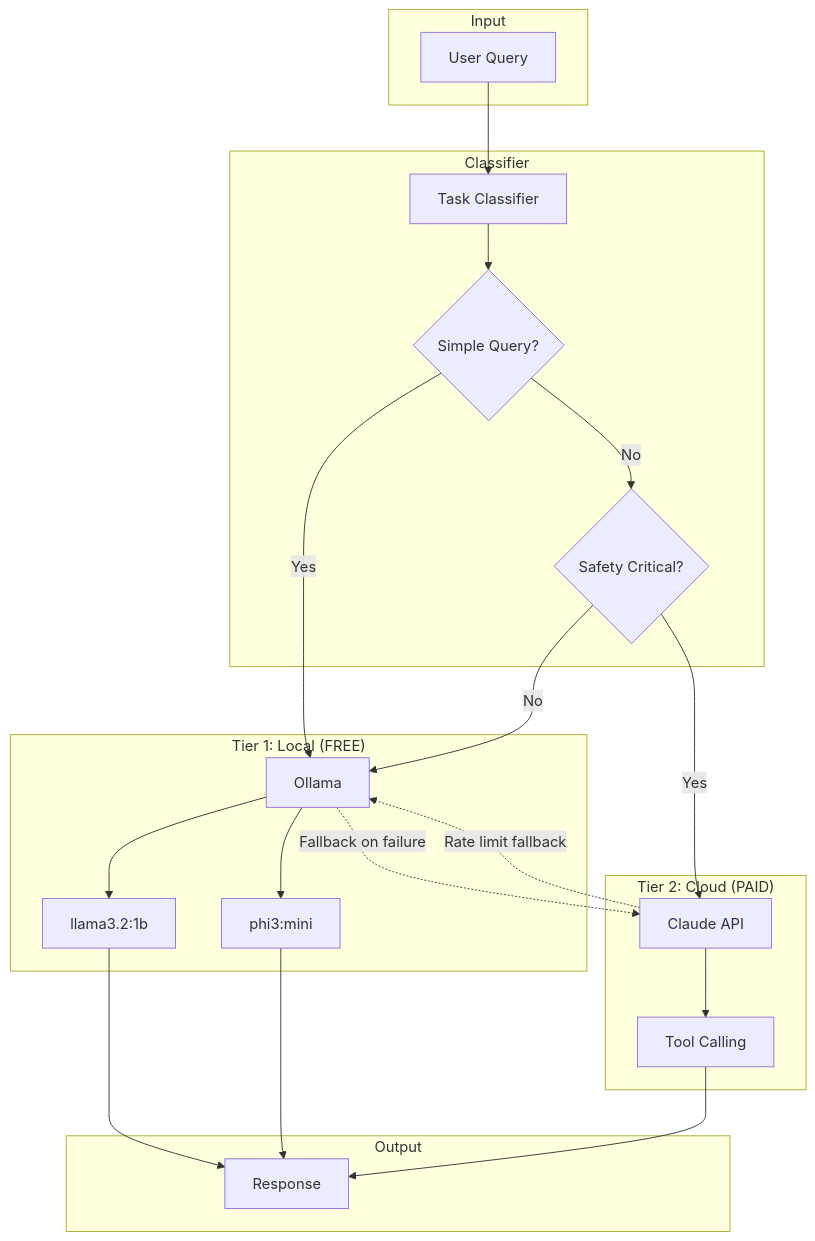
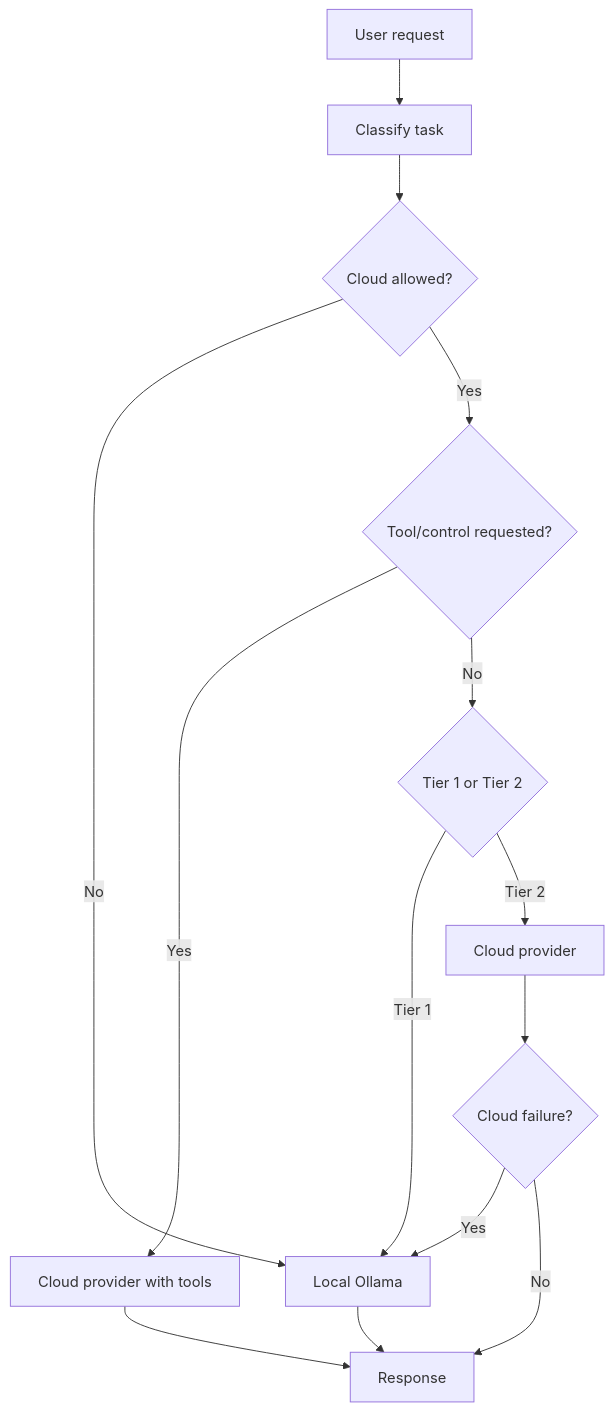
Before and after one commit to Bederf/sentinel-ai: the diagram in docs/08-ai-ml/hybrid-ai-routing.md, drawn with Mermaid. The commit also changed other lines of this file and 146 other files, not shown here.

````diff
--- a/docs/08-ai-ml/hybrid-ai-routing.md
+++ b/docs/08-ai-ml/hybrid-ai-routing.md
@@ -23,45 +29,16 @@
 ```mermaid
-graph TB
-    subgraph Input
-        User[User Query]
-    end
-
-    subgraph Classifier
-        Classify[Task Classifier]
-        Simple{Simple Query?}
-        Safety{Safety Critical?}
-    end
-
-    subgraph Tier1["Tier 1: Local (FREE)"]
-        Ollama[Ollama]
-        Fast[llama3.2:1b]
-        Balanced[phi3:mini]
-    end
-
-    subgraph Tier2["Tier 2: Cloud (PAID)"]
-        Claude[Claude API]
-        Tools[Tool Calling]
-    end
-
-    subgraph Output
-        Response[Response]
-    end
-
-    User --> Classify
-    Classify --> Simple
-    Simple -->|Yes| Ollama
-    Simple -->|No| Safety
-    Safety -->|Yes| Claude
-    Safety -->|No| Ollama
-
-    Ollama --> Fast
-    Ollama --> Balanced
-    Claude --> Tools
-
-    Fast --> Response
-    Balanced --> Response
-    Tools --> Response
-
-    Ollama -.->|Fallback on failure| Claude
-    Claude -.->|Rate limit fallback| Ollama
+graph TD
+  U[User request] --> C[Classify task]
+  C --> P{Cloud allowed?}
+  P -->|No| L[Local Ollama]
+  P -->|Yes| T{Tool/control requested?}
+  T -->|Yes| CL[Cloud provider with tools]
+  T -->|No| R{Tier 1 or Tier 2}
+  R -->|Tier 1| L
+  R -->|Tier 2| CP[Cloud provider]
+  CP --> F{Cloud failure?}
+  F -->|Yes| L
+  F -->|No| O[Response]
+  L --> O
+  CL --> O
 ```
````
